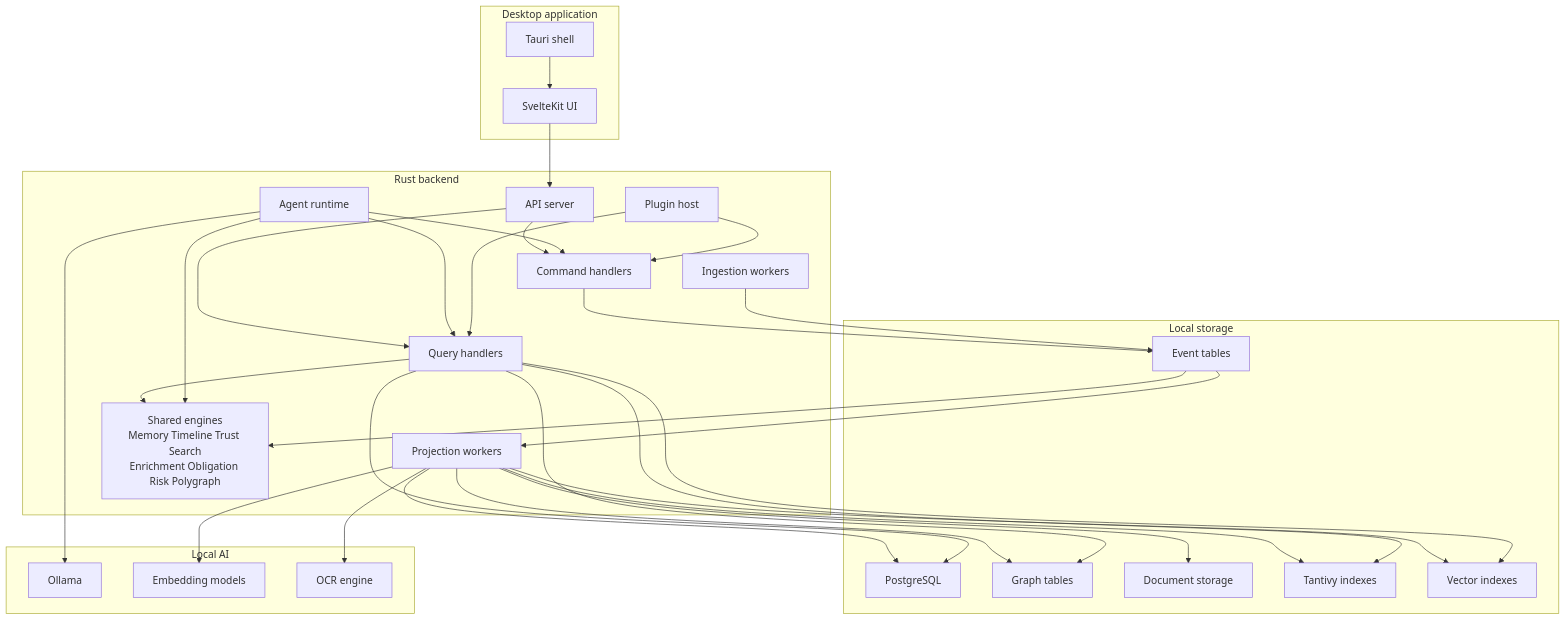
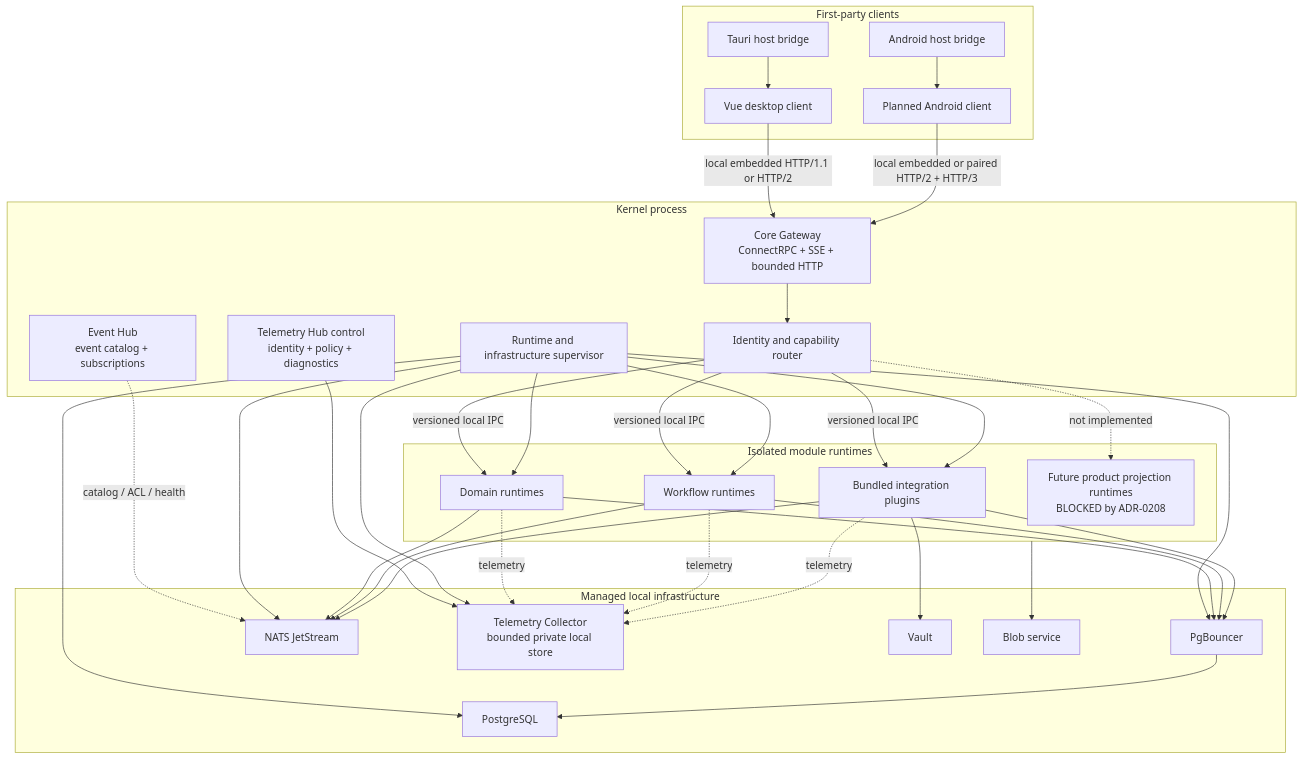
Before and after one commit to Mesteriis/hermes-os: the diagram in docs/architecture/container-diagram.md, drawn with Mermaid. The commit also changed other lines of this file and 3453 other files, not shown here.

Commit message:
Remove legacy backend workspace and update clean-room architecture

````diff
--- a/docs/architecture/container-diagram.md
+++ b/docs/architecture/container-diagram.md
@@ -5,60 +6,64 @@
 ```mermaid
 flowchart TB
-    subgraph Desktop["Desktop application"]
-        Tauri["Tauri shell"]
-        Svelte["SvelteKit UI"]
+    subgraph Clients["First-party clients"]
+        Desktop["Vue desktop client"]
+        Tauri["Tauri host bridge"]
+        Android["Planned Android client"]
+        AndroidHost["Android host bridge"]
     end
 
-    subgraph Backend["Rust backend"]
-        API["API server"]
-        Commands["Command handlers"]
-        Queries["Query handlers"]
-        Ingestion["Ingestion workers"]
-        Projectors["Projection workers"]
-        Engines["Shared engines\nMemory Timeline Trust Search\nEnrichment Obligation Risk Polygraph"]
-        AgentRuntime["Agent runtime"]
-        PluginHost["Plugin host"]
+    subgraph Kernel["Kernel process"]
+        Gateway["Core Gateway\nConnectRPC + SSE + bounded HTTP"]
+        Router["Identity and capability router"]
+        Supervisor["Runtime and infrastructure supervisor"]
+        EventHub["Event Hub\nevent catalog + subscriptions"]
+        TelemetryControl["Telemetry Hub control\nidentity + policy + diagnostics"]
     end
 
-    subgraph Storage["Local storage"]
-        Postgres["PostgreSQL"]
-        EventLog["Event tables"]
-        Graph["Graph tables"]
-        ObjectStore["Document storage"]
-        Tantivy["Tantivy indexes"]
-        Vector["Vector indexes"]
+    subgraph Modules["Isolated module runtimes"]
+        Domains["Domain runtimes"]
+        Workflows["Workflow runtimes"]
+        Integrations["Bundled integration plugins"]
+        Projections["Future product projection runtimes\nBLOCKED by ADR-0208"]
     end
 
-    subgraph AI["Local AI"]
-        Ollama["Ollama"]
-        Embeddings["Embedding models"]
-        OCR["OCR engine"]
+    subgraph Infrastructure["Managed local infrastructure"]
+        PgBouncer["PgBouncer"]
+        PostgreSQL["PostgreSQL"]
+        NATS["NATS JetStream"]
+        TelemetryCollector["Telemetry Collector\nbounded private local store"]
+        Vault["Vault"]
+        Blob["Blob service"]
     end
 
-    Tauri --> Svelte
-    Svelte --> API
-    API --> Commands
-    API --> Queries
-    Commands --> EventLog
-    Ingestion --> EventLog
-    EventLog --> Projectors
-    EventLog --> Engines
-    Projectors --> Postgres
-    Projectors --> Graph
-    Projectors --> ObjectStore
-    Projectors --> Tantivy
-    Projectors --> Vector
-    Queries --> Postgres
-    Queries --> Graph
-    Queries --> Tantivy
-    Queries --> Vector
-    Queries --> Engines
-    AgentRuntime --> Queries
-    AgentRuntime --> Commands
-    AgentRuntime --> Ollama
-    AgentRuntime --> Engines
-    Projectors --> Embeddings
-    Projectors --> OCR
-    PluginHost --> Commands
-    PluginHost --> Queries
+    Tauri --> Desktop
+    AndroidHost --> Android
+    Desktop -->|"local embedded HTTP/1.1 or HTTP/2"| Gateway
+    Android -->|"local embedded or paired HTTP/2 + HTTP/3"| Gateway
+    Gateway --> Router
+    EventHub -.->|"catalog / ACL / health"| NATS
+    TelemetryControl --> TelemetryCollector
+    Router -->|"versioned local IPC"| Domains
+    Router -->|"versioned local IPC"| Workflows
+    Router -->|"versioned local IPC"| Integrations
+    Router -.->|"not implemented"| Projections
+    Supervisor --> Domains
+    Supervisor --> Workflows
+    Supervisor --> Integrations
+    Supervisor --> PgBouncer
+    Supervisor --> PostgreSQL
+    Supervisor --> NATS
+    Supervisor --> TelemetryCollector
+    Domains --> PgBouncer
+    Workflows --> PgBouncer
+    Integrations --> PgBouncer
+    PgBouncer --> PostgreSQL
+    Domains --> NATS
+    Workflows --> NATS
+    Integrations --> NATS
+    Domains -.->|"telemetry"| TelemetryCollector
+    Workflows -.->|"telemetry"| TelemetryCollector
+    Integrations -.->|"telemetry"| TelemetryCollector
+    Integrations --> Vault
+    Modules --> Blob
 ```
````
